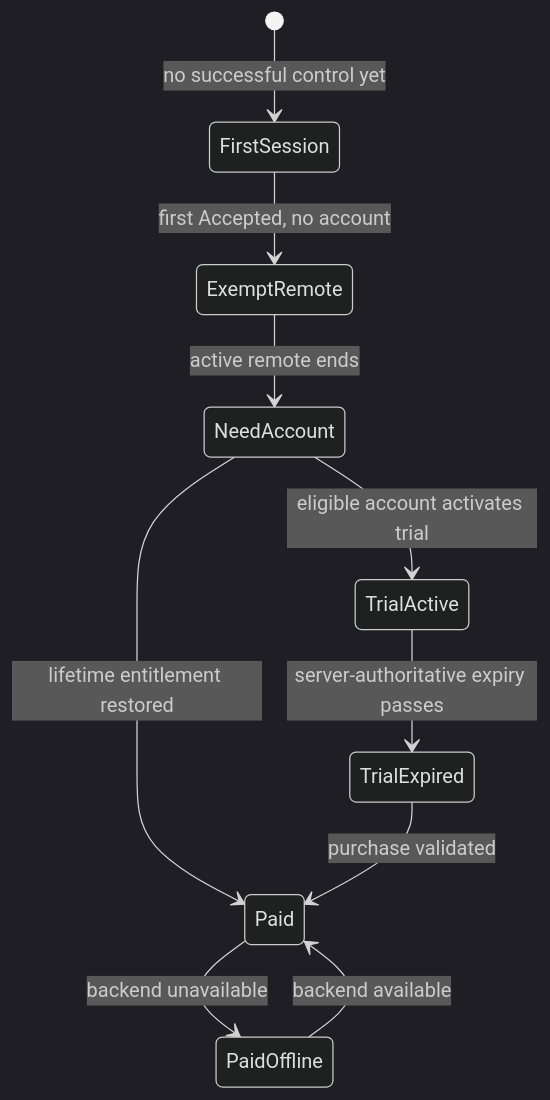
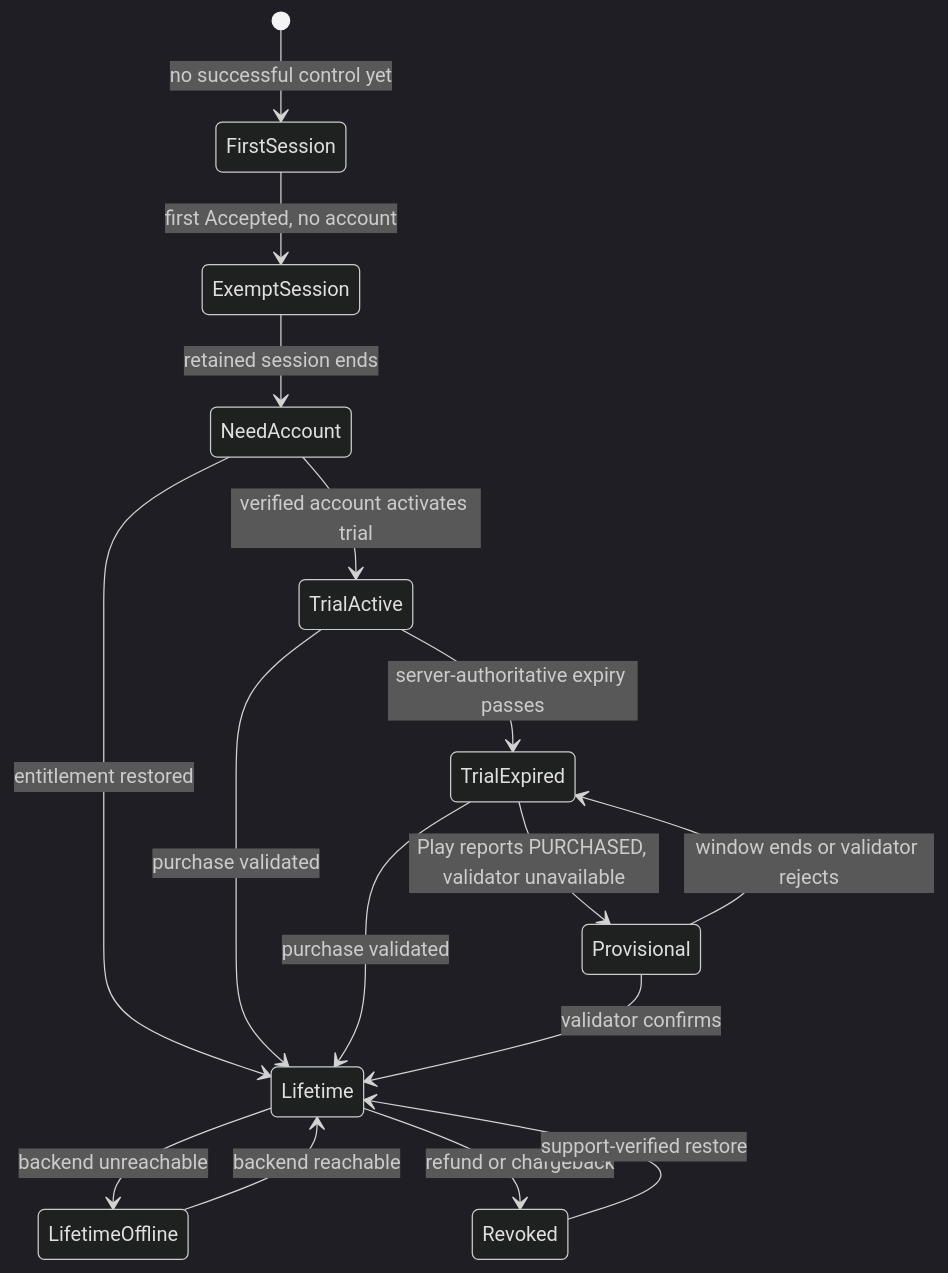
One commit to anthracite-labs/AppT changed the fourth of 4 diagrams in docs/architecture/sync.md. Above: the diagram before and after it, drawn with Mermaid (dark theme). The commit also changed other lines of this file and 21 other files, not shown here.

First line of the commit message:
Complete V1 architecture closure and rebuild the implementation slice map

````diff
--- a/docs/architecture/sync.md
+++ b/docs/architecture/sync.md
@@ -135,12 +466,18 @@
 ```mermaid
 stateDiagram-v2
   [*] --> FirstSession: no successful control yet
-  FirstSession --> ExemptRemote: first Accepted, no account
-  ExemptRemote --> NeedAccount: active remote ends
-  NeedAccount --> TrialActive: eligible account activates trial
-  NeedAccount --> Paid: lifetime entitlement restored
+  FirstSession --> ExemptSession: first Accepted, no account
+  ExemptSession --> NeedAccount: retained session ends
+  NeedAccount --> TrialActive: verified account activates trial
+  NeedAccount --> Lifetime: entitlement restored
   TrialActive --> TrialExpired: server-authoritative expiry passes
-  TrialExpired --> Paid: purchase validated
-  Paid --> PaidOffline: backend unavailable
-  PaidOffline --> Paid: backend available
+  TrialActive --> Lifetime: purchase validated
+  TrialExpired --> Lifetime: purchase validated
+  TrialExpired --> Provisional: Play reports PURCHASED, validator unavailable
+  Provisional --> Lifetime: validator confirms
+  Provisional --> TrialExpired: window ends or validator rejects
+  Lifetime --> LifetimeOffline: backend unreachable
+  LifetimeOffline --> Lifetime: backend reachable
+  Lifetime --> Revoked: refund or chargeback
+  Revoked --> Lifetime: support-verified restore
 ```
````
